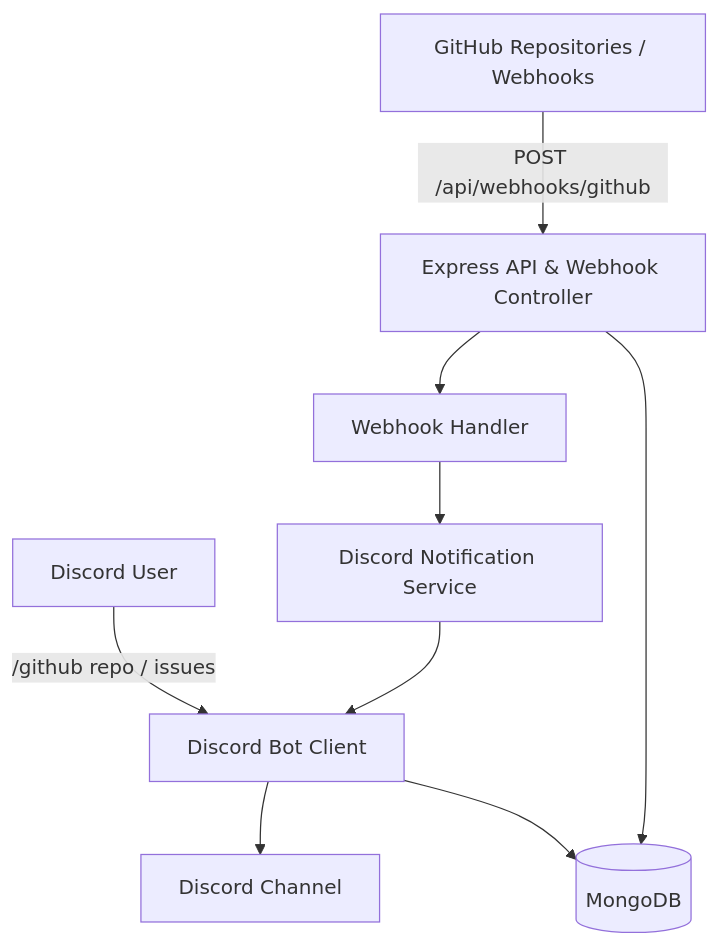
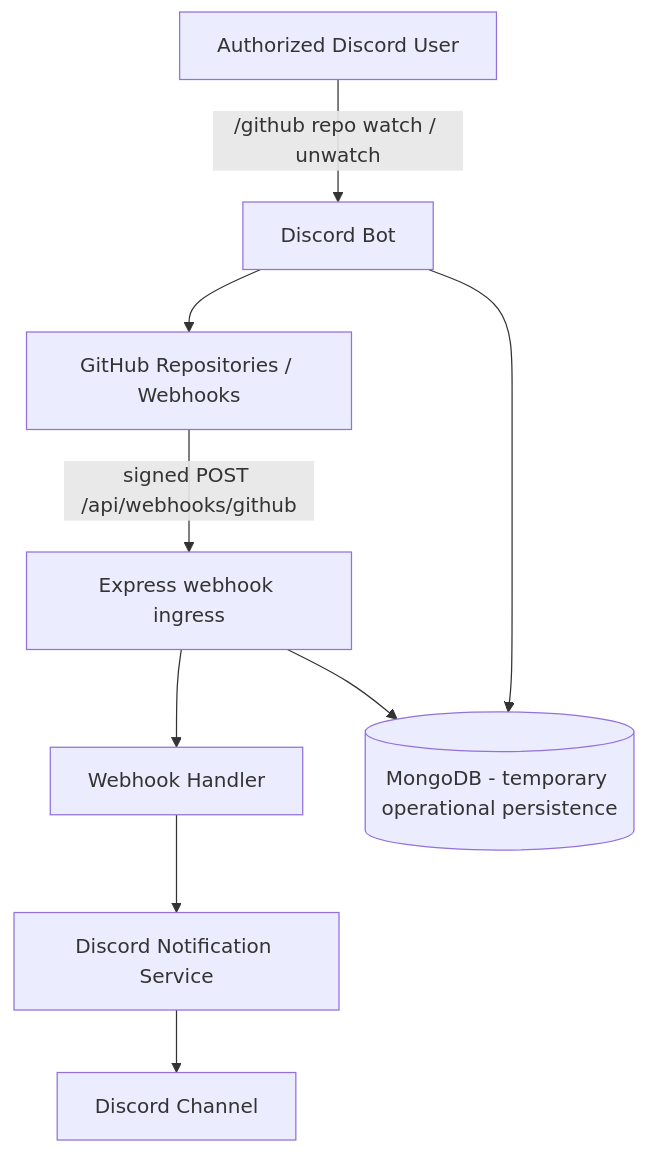
The diagram in README.md (sandovaldavid/octobot), drawn with Mermaid before and after one commit. The commit also changed other lines of this file, not shown here.

Commit message:
docs(security): document reduced public API and permissions

````diff
--- a/README.md
+++ b/README.md
@@ -39,11 +42,11 @@
 ```mermaid
 graph TD
-    GH[GitHub Repositories / Webhooks] -->|POST /api/webhooks/github| API[Express API & Webhook Controller]
-    User[Discord User] -->|/github repo / issues| Bot[Discord Bot Client]
+    GH[GitHub Repositories / Webhooks] -->|signed POST /api/webhooks/github| API[Express webhook ingress]
+    User[Authorized Discord User] -->|/github repo watch / unwatch| Bot[Discord Bot]
     API --> Handler[Webhook Handler]
     Handler --> DiscordSvc[Discord Notification Service]
-    DiscordSvc --> Bot
-    Bot --> Channel[Discord Channel]
-    API --> Mongo[(MongoDB)]
-    Bot --> Mongo
+    DiscordSvc --> Channel[Discord Channel]
+    Bot --> GH
+    Bot --> Mongo[(MongoDB - temporary operational persistence)]
+    API --> Mongo
 ```
````
